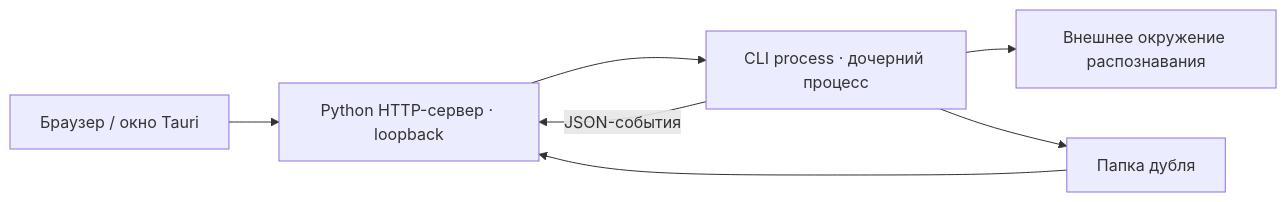
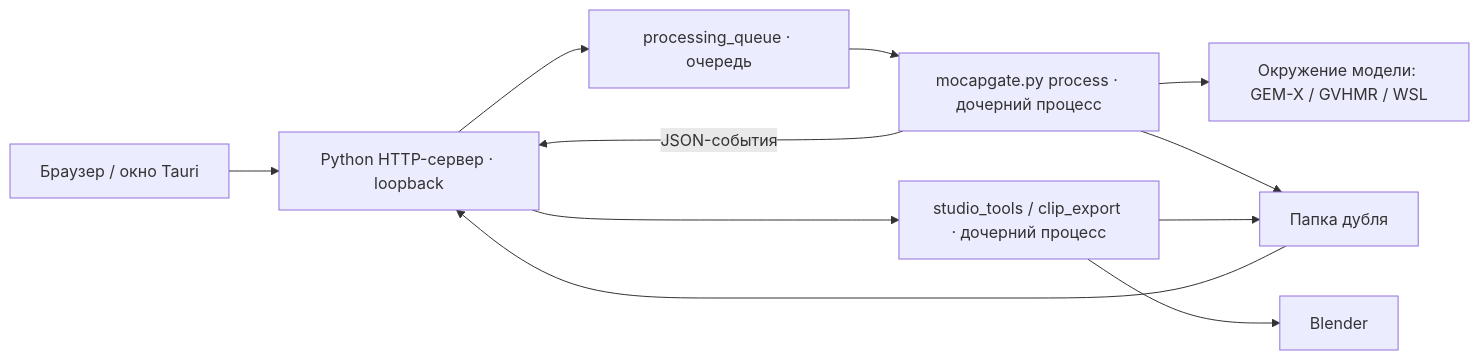
Before and after one commit to MaverickGH/mocapgate: the second of 2 diagrams in docs/architecture.md, drawn with Mermaid. The commit also changed other lines of this file and 3037 other files, not shown here.

````diff
--- a/docs/architecture.md
+++ b/docs/architecture.md
@@ -33,9 +48,13 @@
 ```mermaid
 flowchart LR
     A[Браузер / окно Tauri] --> B[Python HTTP-сервер · loopback]
-    B --> C[CLI process · дочерний процесс]
-    C --> D[Внешнее окружение распознавания]
+    B --> Q[processing_queue · очередь]
+    Q --> C[mocapgate.py process · дочерний процесс]
+    B --> T[studio_tools / clip_export · дочерний процесс]
+    C --> D[Окружение модели: GEM-X / GVHMR / WSL]
+    T --> BL[Blender]
     C --> E[Папка дубля]
+    T --> E
     E --> B
     C -->|JSON-события| B
 ```
````
